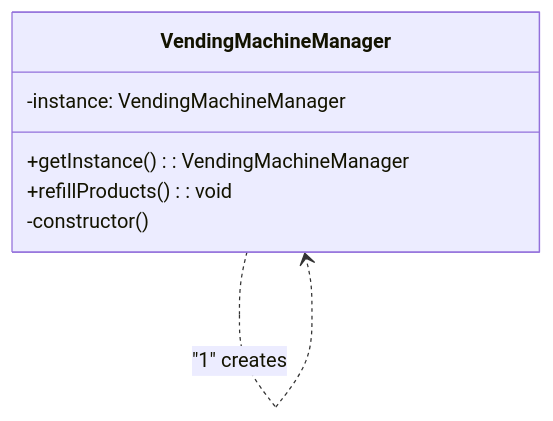
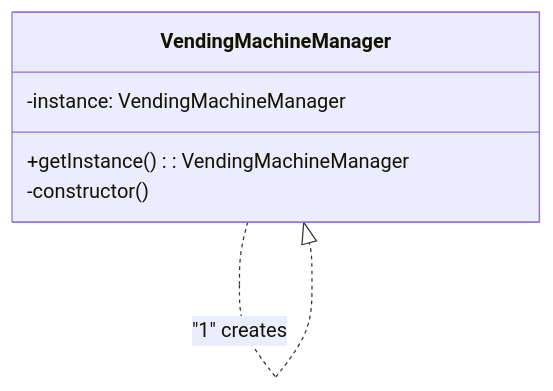
One commit to k0perX-X/HSE_PAPS changed the third of 12 diagrams in Lab Work №6/docs/README.md. Above: the diagram before and after it, drawn with Mermaid. The commit also changed other lines of this file, not shown here.

````diff
--- a/Lab Work №6/docs/README.md
+++ b/Lab Work №6/docs/README.md
@@ -150,11 +213,10 @@
 ```mermaid
 classDiagram
     class VendingMachineManager {
         -instance: VendingMachineManager
         +getInstance(): VendingMachineManager
-        +refillProducts(): void
         -constructor()
     }
 
-    VendingMachineManager ..> VendingMachineManager : "1" creates
+    VendingMachineManager ..|> VendingMachineManager : "1" creates
 ```
````
